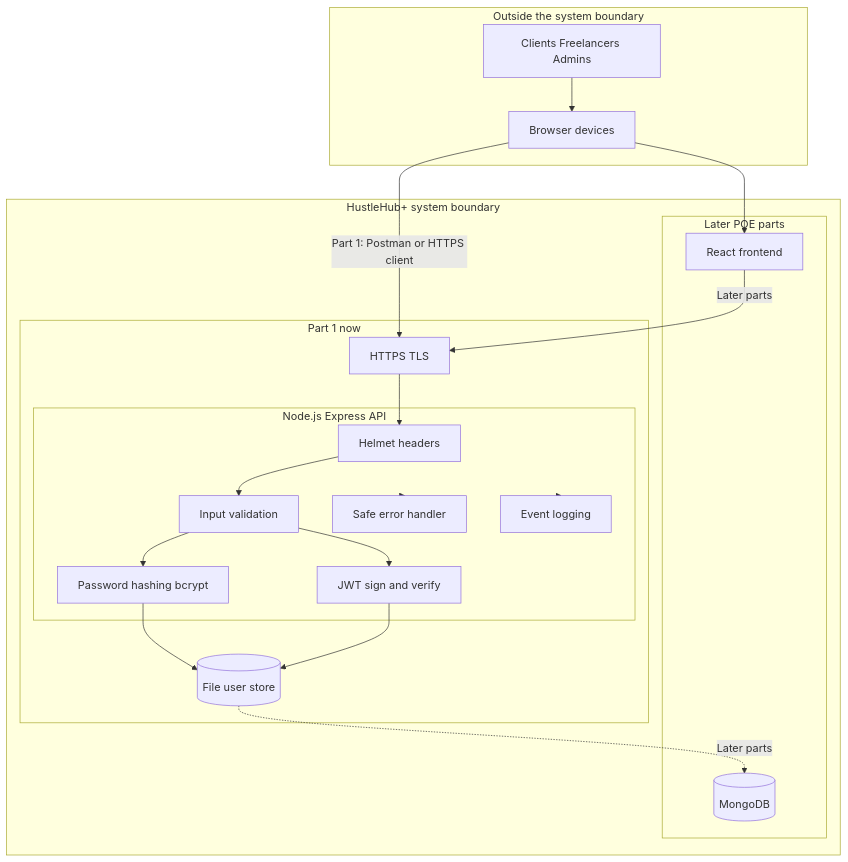
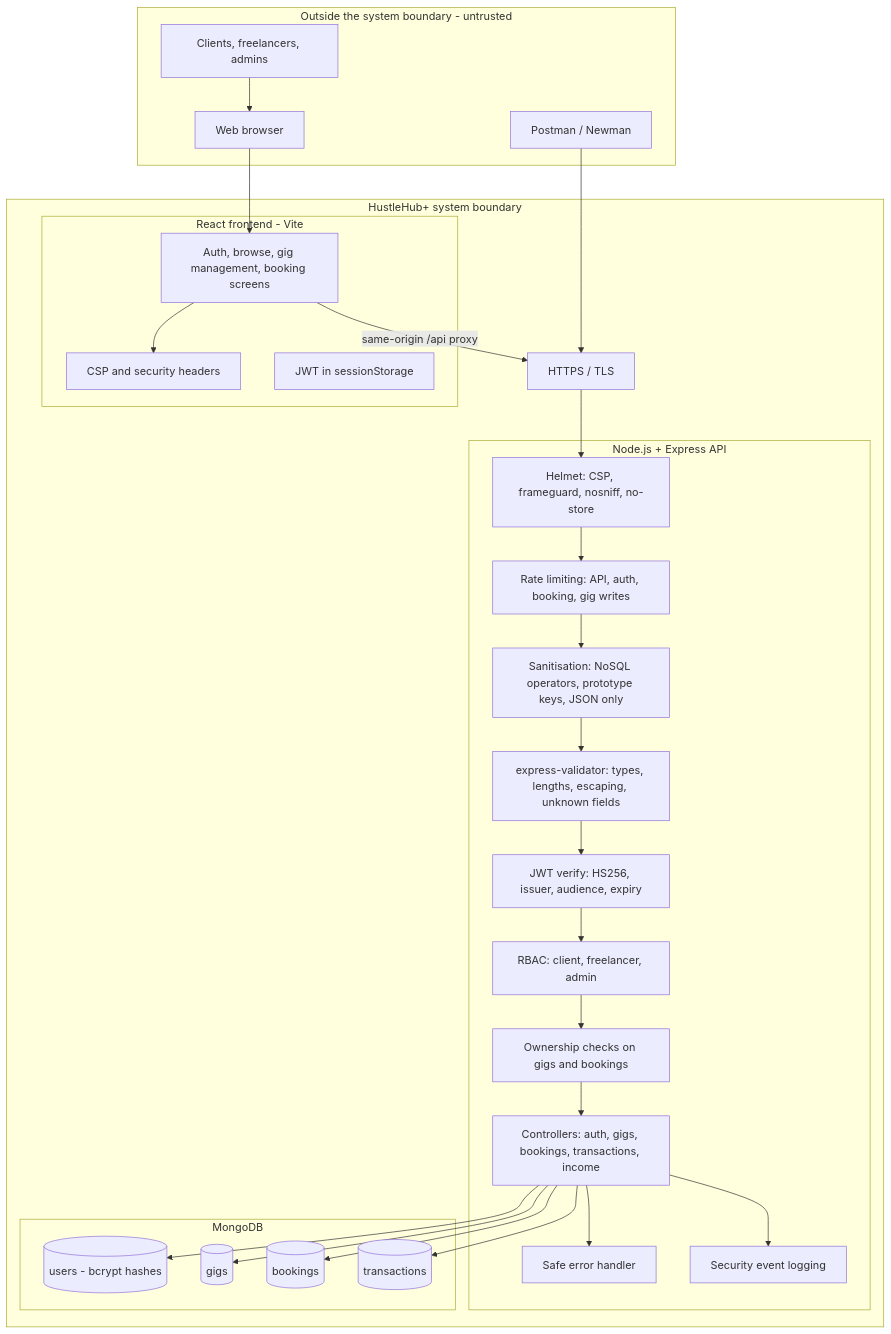
Before and after one commit to Sihl3s/HustleHub: the first of 2 diagrams in docs/architecture.md, drawn with Mermaid. The commit also changed other lines of this file and 4 other files, not shown here.

````diff
--- a/docs/architecture.md
+++ b/docs/architecture.md
@@ -13,39 +5,50 @@
 ```mermaid
 flowchart TB
-  subgraph outside [Outside the system boundary]
-    Users[Clients Freelancers Admins]
-    Devices[Browser devices]
+  subgraph outside [Outside the system boundary - untrusted]
+    Users[Clients, freelancers, admins]
+    Browser[Web browser]
+    Tools[Postman / Newman]
   end
 
   subgraph hustlehub [HustleHub+ system boundary]
-    subgraph later [Later POE parts]
-      ReactUI[React frontend]
-      Mongo[(MongoDB)]
+    subgraph frontend [React frontend - Vite]
+      UI[Auth, browse, gig management, booking screens]
+      CSP[CSP and security headers]
+      Session[JWT in sessionStorage]
     end
 
-    subgraph part1 [Part 1 now]
-      TLS[HTTPS TLS]
-      subgraph api [Node.js Express API]
-        Helmet[Helmet headers]
-        Validate[Input validation]
-        Hash[Password hashing bcrypt]
-        JWT[JWT sign and verify]
-        Errors[Safe error handler]
-        Logs[Event logging]
-      end
-      Files[(File user store)]
+    TLS[HTTPS / TLS]
+
+    subgraph api [Node.js + Express API]
+      Helmet[Helmet: CSP, frameguard, nosniff, no-store]
+      Limits[Rate limiting: API, auth, booking, gig writes]
+      Sanitise[Sanitisation: NoSQL operators, prototype keys, JSON only]
+      Validate[express-validator: types, lengths, escaping, unknown fields]
+      Authn[JWT verify: HS256, issuer, audience, expiry]
+      Rbac[RBAC: client, freelancer, admin]
+      Owner[Ownership checks on gigs and bookings]
+      Ctrl[Controllers: auth, gigs, bookings, transactions, income]
+      Errors[Safe error handler]
+      Logs[Security event logging]
+    end
+
+    subgraph db [MongoDB]
+      UsersCol[(users - bcrypt hashes)]
+      Gigs[(gigs)]
+      Bookings[(bookings)]
+      Txns[(transactions)]
     end
   end
 
-  Users --> Devices
-  Devices --> ReactUI
-  Devices -->|"Part 1: Postman or HTTPS client"| TLS
-  ReactUI -->|"Later parts"| TLS
-  TLS --> Helmet --> Validate --> Hash
-  Validate --> JWT
-  Hash --> Files
-  JWT --> Files
-  Files -.->|"Later parts"| Mongo
-  api --> Errors
-  api --> Logs
+  Users --> Browser --> UI
+  UI --> CSP
+  UI -->|"same-origin /api proxy"| TLS
+  Tools --> TLS
+  TLS --> Helmet --> Limits --> Sanitise --> Validate --> Authn --> Rbac --> Owner --> Ctrl
+  Ctrl --> UsersCol
+  Ctrl --> Gigs
+  Ctrl --> Bookings
+  Ctrl --> Txns
+  Ctrl --> Errors
+  Ctrl --> Logs
 ```
````
